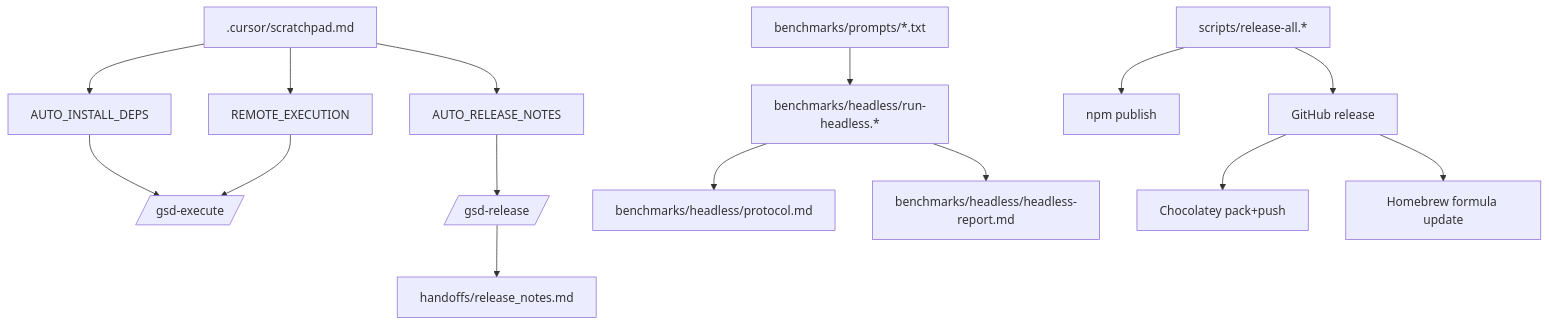
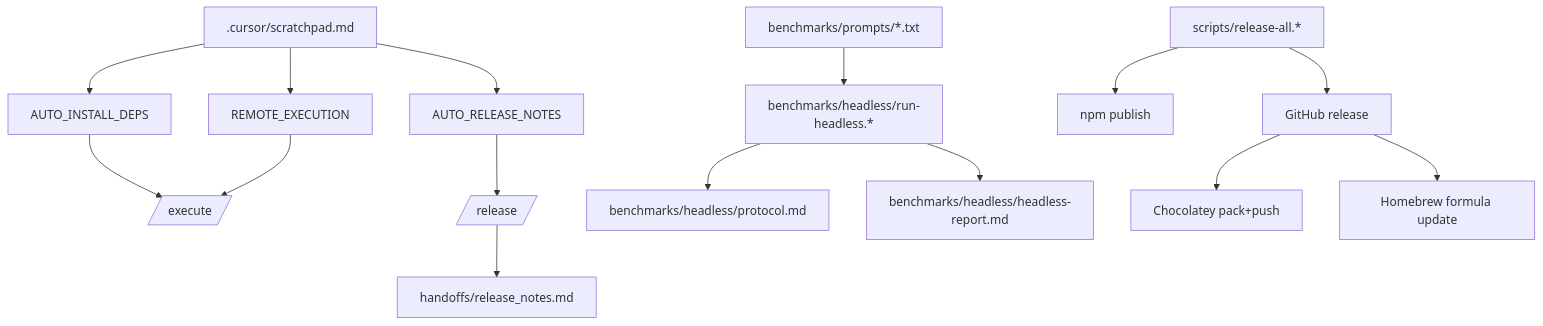
The fifth of 7 diagrams in README.md (fl0wm0ti0n/gsd_cursor), drawn with Mermaid before and after one commit. The commit also changed other lines of this file and 80 other files, not shown here.

````diff
--- a/README.md
+++ b/README.md
@@ -436,17 +523,17 @@
 ```mermaid
 flowchart TD
   Scratchpad[".cursor/scratchpad.md"] --> AutoDeps[AUTO_INSTALL_DEPS]
   Scratchpad --> AutoRelease[AUTO_RELEASE_NOTES]
   Scratchpad --> RemoteExec[REMOTE_EXECUTION]
-  AutoDeps --> ExecuteCmd[/gsd-execute/]
-  AutoRelease --> ReleaseCmd[/gsd-release/]
+  AutoDeps --> ExecuteCmd[/execute/]
+  AutoRelease --> ReleaseCmd[/release/]
   RemoteExec --> ExecuteCmd
   ReleaseCmd --> ReleaseNotes[handoffs/release_notes.md]
   BenchPrompts[benchmarks/prompts/*.txt] --> HeadlessRunner[benchmarks/headless/run-headless.*]
   HeadlessRunner --> Protocol[benchmarks/headless/protocol.md]
   HeadlessRunner --> Report[benchmarks/headless/headless-report.md]
   ReleaseAll[scripts/release-all.*] --> NPMPub[npm publish]
   ReleaseAll --> GHRelease[GitHub release]
   GHRelease --> ChocoUpdate[Chocolatey pack+push]
   GHRelease --> BrewUpdate[Homebrew formula update]
 ```
````
